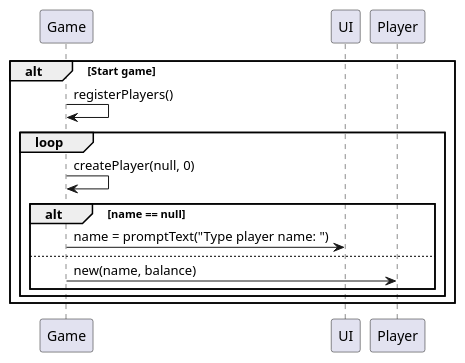
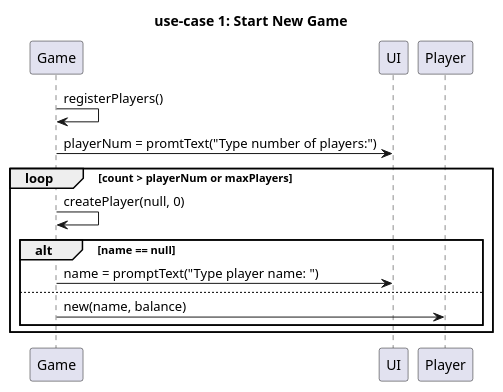
One commit to Dat1Cphbusiness/MonopolyE24 changed the diagram in doc/sequence_1_start_new_game.puml. Above: the diagram before and after it, drawn with PlantUML. The commit also changed 7 other files, not shown here.

Commit message:
diagrams

```diff
--- a/doc/sequence_1_start_new_game.puml
+++ b/doc/sequence_1_start_new_game.puml
@@ -1,19 +1,20 @@
 @startuml
 'https://plantuml.com/sequence-diagram
+title use-case 1: Start New Game
 
 
-alt Start game
 
 Game -> Game: registerPlayers()
-loop
+Game -> UI:playerNum = promtText("Type number of players:")
+loop count > playerNum or maxPlayers
 Game -> Game: createPlayer(null, 0)
 alt name == null
 Game -> UI:name = promptText("Type player name: ")
 else
 Game -> Player: new(name, balance)
 end
 end
-end
+
 
 
 @enduml
```
